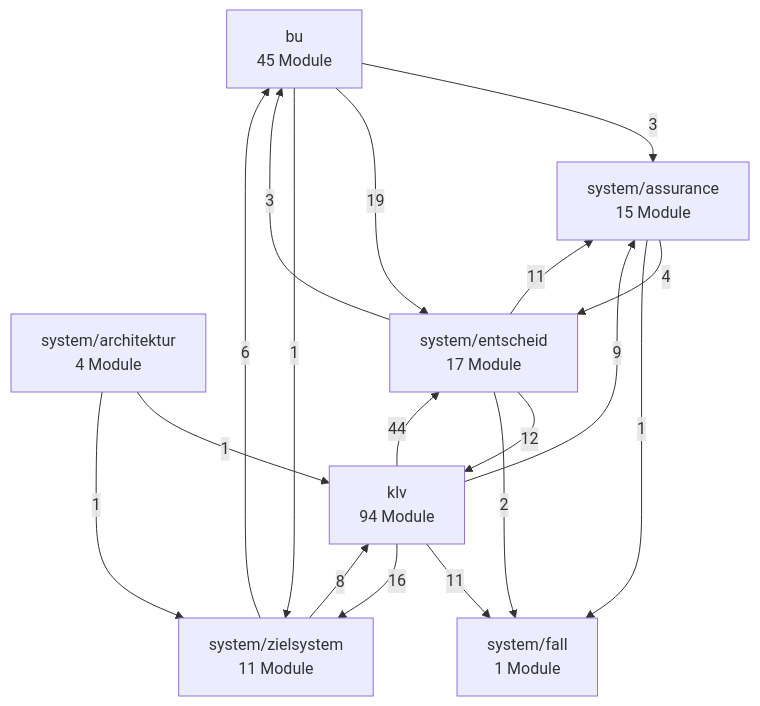
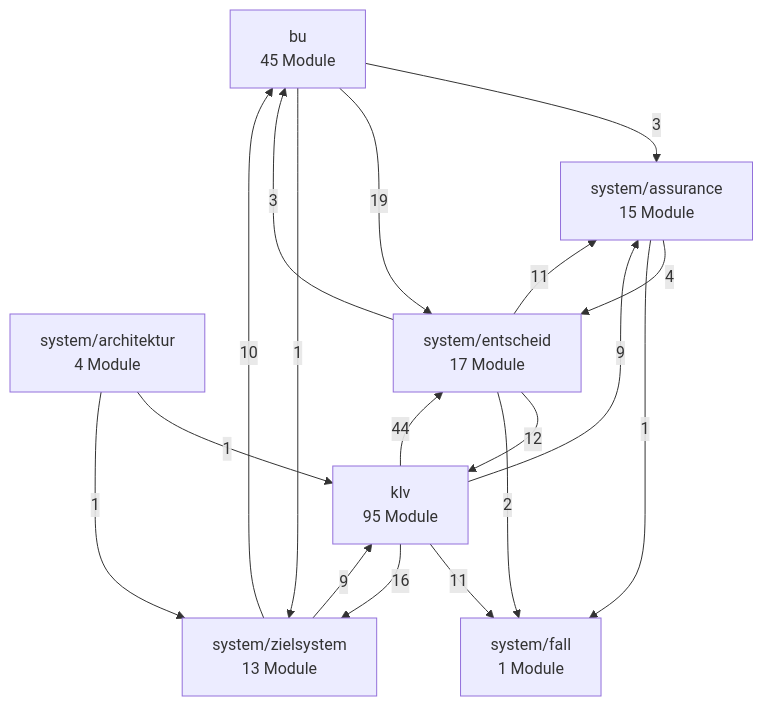
The second of 3 diagrams in docs/architektur/landkarte.md (bartlmac/rechner-pipeline), drawn with Mermaid before and after one commit. The commit also changed other lines of this file and 9 other files, not shown here.

````diff
--- a/docs/architektur/landkarte.md
+++ b/docs/architektur/landkarte.md
@@ -85,28 +88,28 @@
 ```mermaid
 %% Fachknoten — erzeugt von ontologie.landkarte
 flowchart TD
     bu["bu<br/>45 Module"]
-    klv["klv<br/>94 Module"]
+    klv["klv<br/>95 Module"]
     system_architektur["system/architektur<br/>4 Module"]
     system_assurance["system/assurance<br/>15 Module"]
     system_entscheid["system/entscheid<br/>17 Module"]
     system_fall["system/fall<br/>1 Module"]
-    system_zielsystem["system/zielsystem<br/>11 Module"]
+    system_zielsystem["system/zielsystem<br/>13 Module"]
     bu -- 3 --> system_assurance
     bu -- 19 --> system_entscheid
     bu -- 1 --> system_zielsystem
     klv -- 9 --> system_assurance
     klv -- 44 --> system_entscheid
     klv -- 11 --> system_fall
     klv -- 16 --> system_zielsystem
     system_architektur -- 1 --> klv
     system_architektur -- 1 --> system_zielsystem
     system_assurance -- 4 --> system_entscheid
     system_assurance -- 1 --> system_fall
     system_entscheid -- 3 --> bu
     system_entscheid -- 12 --> klv
     system_entscheid -- 11 --> system_assurance
     system_entscheid -- 2 --> system_fall
-    system_zielsystem -- 6 --> bu
-    system_zielsystem -- 8 --> klv
+    system_zielsystem -- 10 --> bu
+    system_zielsystem -- 9 --> klv
 ```
````
